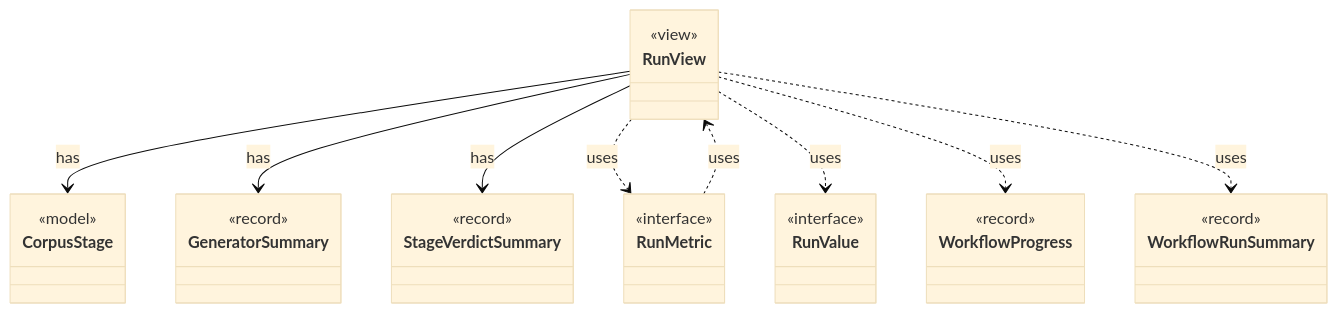
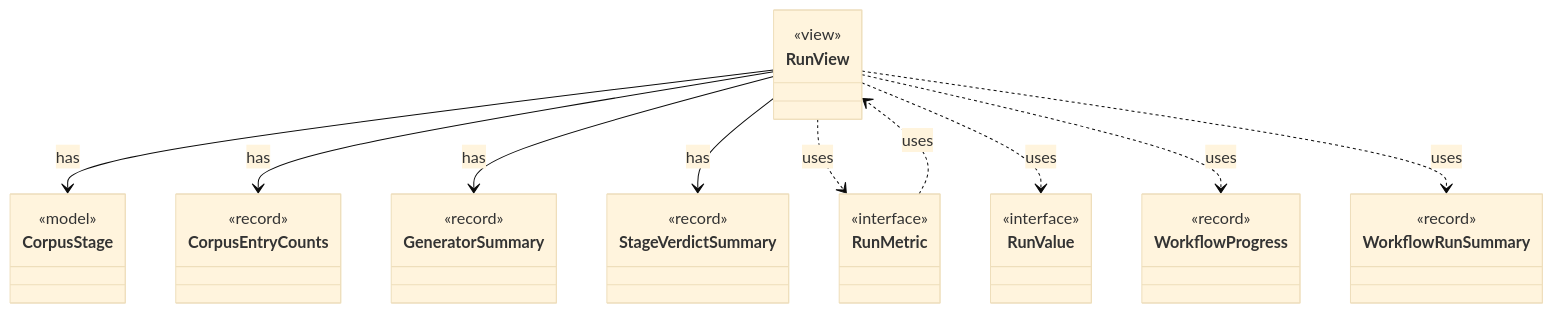
One commit to tlaplus/model-checker-hardening changed the diagram in dev/types/io.github.tlaplus.hardening.cli.RunView.md. Above: the diagram before and after it, drawn with Mermaid (base theme). The commit also changed other lines of this file and 438 other files, not shown here.

````diff
--- a/dev/types/io.github.tlaplus.hardening.cli.RunView.md
+++ b/dev/types/io.github.tlaplus.hardening.cli.RunView.md
@@ -7,35 +7,39 @@
 ```mermaid
 classDiagram
   class RunView {
     <<view>>
   }
   class CorpusStage {
     <<model>>
+  }
+  class CorpusEntryCounts {
+    <<record>>
   }
   class GeneratorSummary {
     <<record>>
   }
   class StageVerdictSummary {
     <<record>>
   }
   class RunMetric {
     <<interface>>
   }
   class RunValue {
     <<interface>>
   }
   class WorkflowProgress {
     <<record>>
   }
   class WorkflowRunSummary {
     <<record>>
   }
   RunView --> CorpusStage : has
+  RunView --> CorpusEntryCounts : has
   RunView --> GeneratorSummary : has
   RunView --> StageVerdictSummary : has
   RunView ..> RunMetric : uses
   RunView ..> RunValue : uses
   RunView ..> WorkflowProgress : uses
   RunView ..> WorkflowRunSummary : uses
   RunMetric ..> RunView : uses
 ```
````
